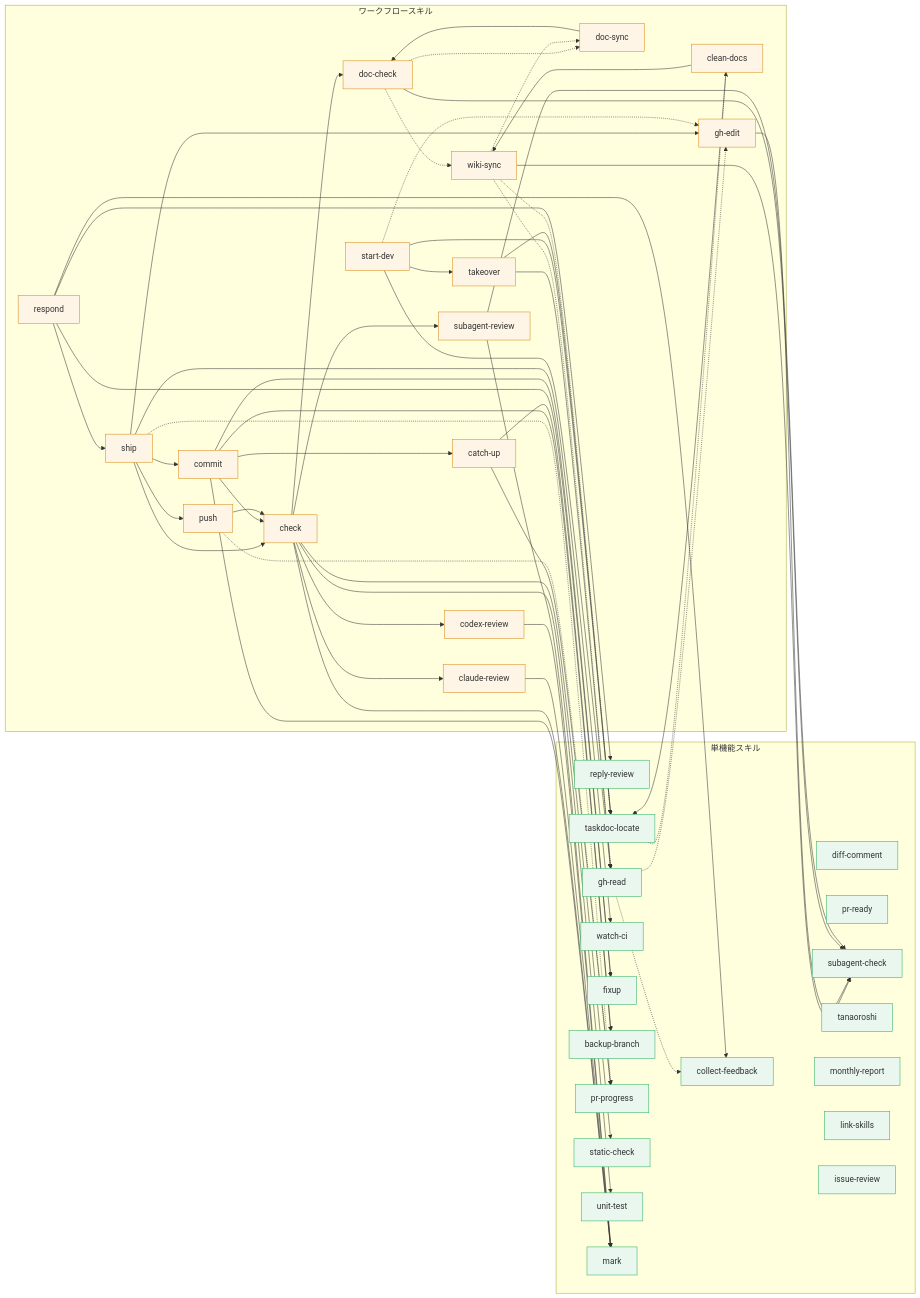
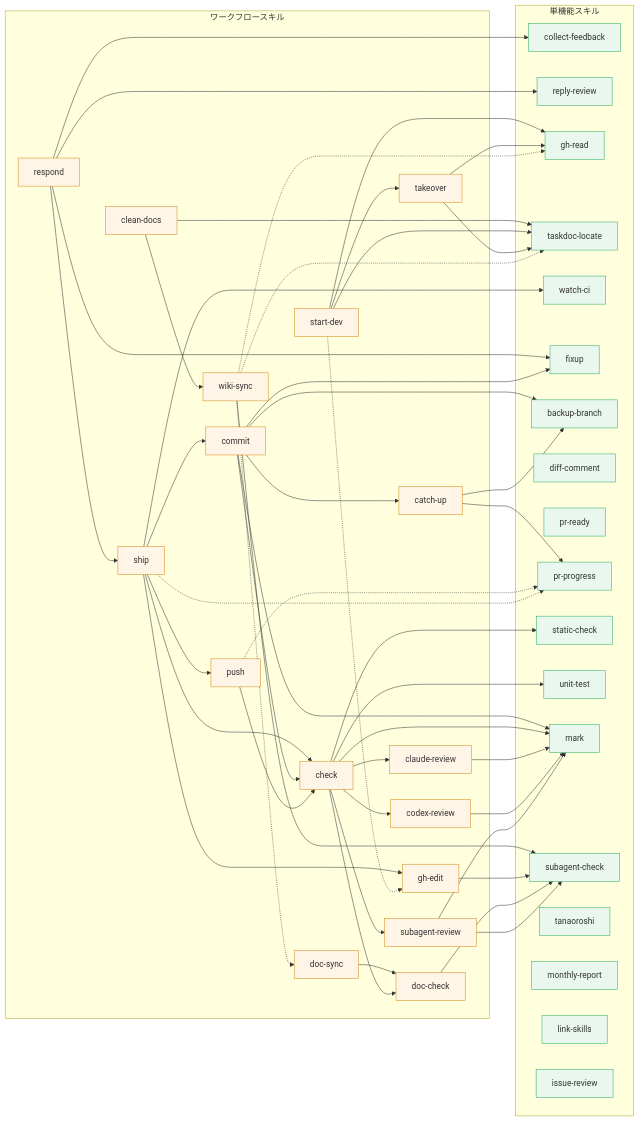
One commit to mistbind3u88/bonsai changed the second of 2 diagrams in README.md. Above: the diagram before and after it, drawn with Mermaid.

Commit message:
docs: 依存図から案内のみの辺を除く

```diff
--- a/README.md
+++ b/README.md
@@ -181,11 +181,6 @@
     subagent-review --> mark
 
     start-dev -.-> gh-edit
-    doc-check -.-> doc-sync
-    doc-check -.-> wiki-sync
-    taskdoc-locate -.-> clean-docs
-    gh-read -.-> gh-edit
-    gh-read -.-> collect-feedback
     push -.-> pr-progress
     ship -.-> pr-progress
     wiki-sync -.-> gh-read
```
